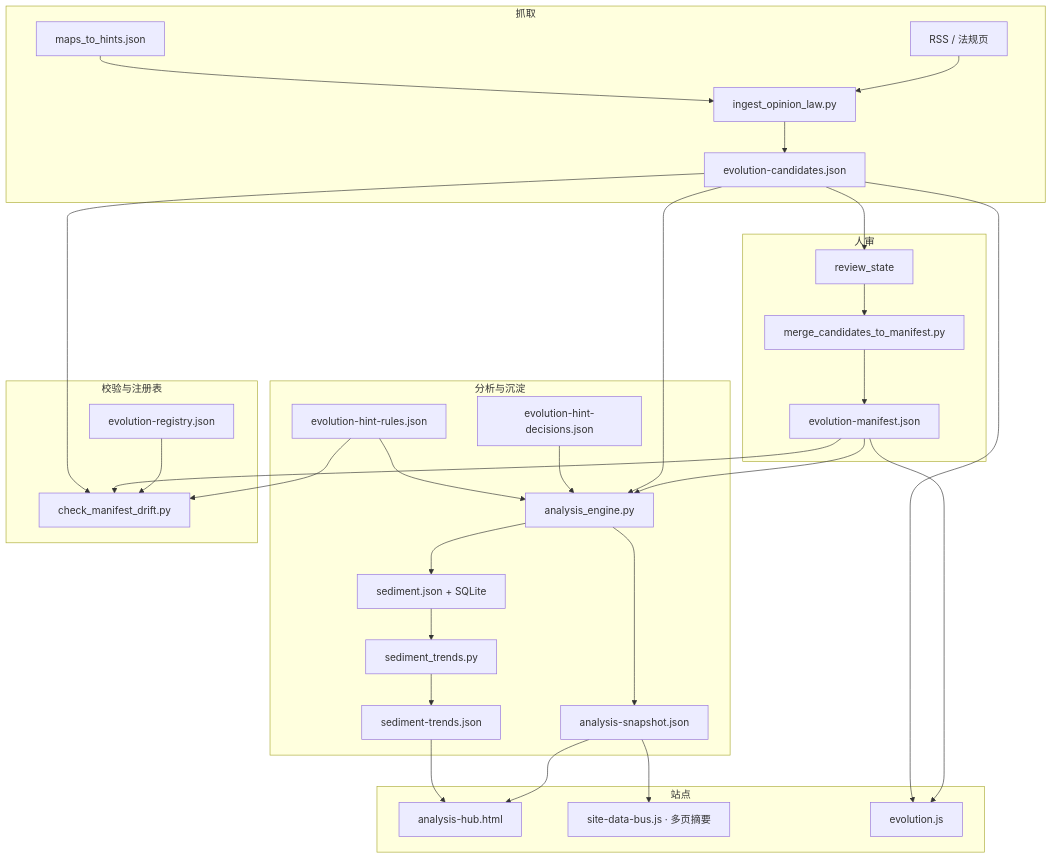
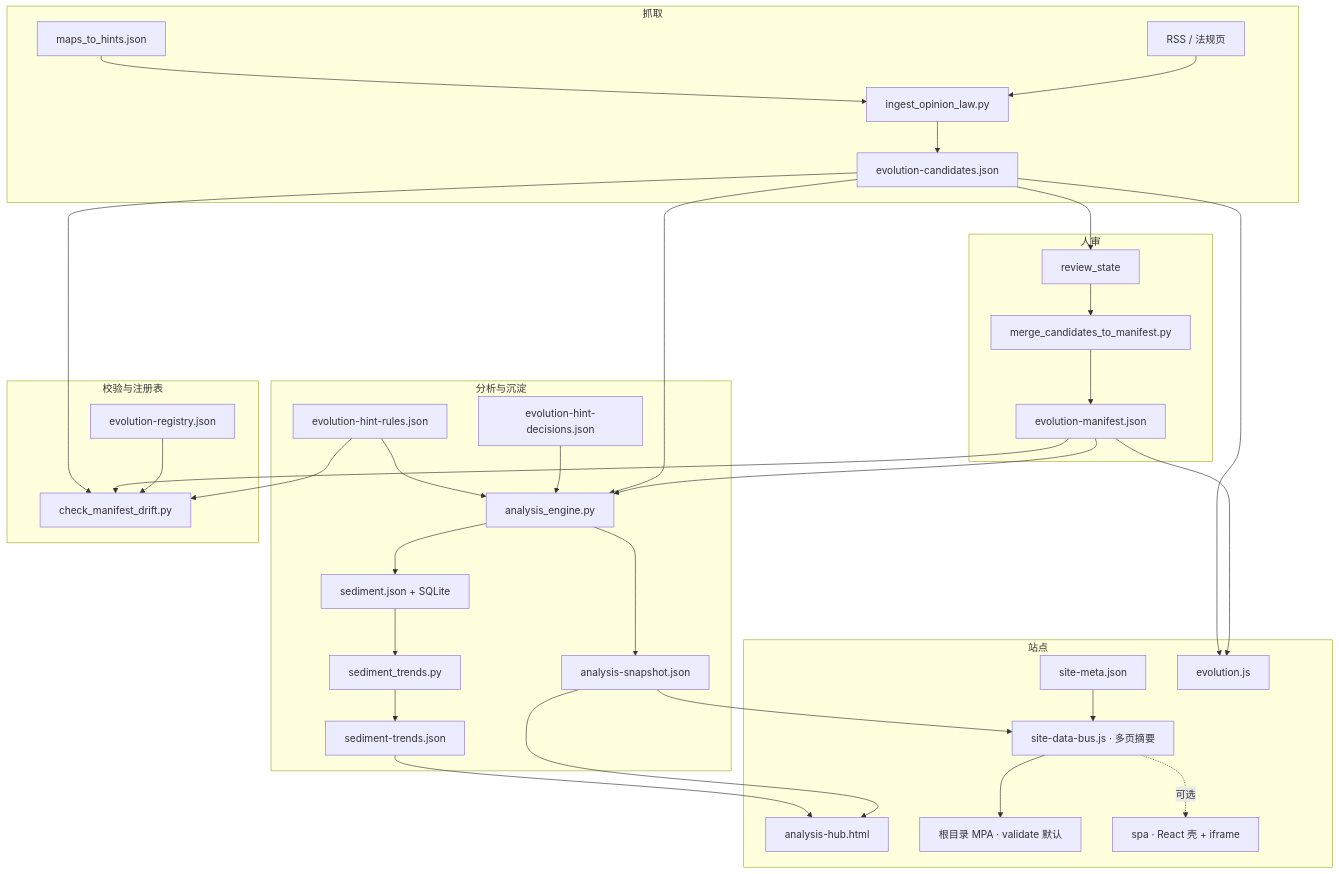
Before and after one commit to smartseanchain/ai-base-arch-evolution: the first of 2 diagrams in docs/ARCHITECTURE.md, drawn with Mermaid. The commit also changed other lines of this file and 199 other files, not shown here.

````diff
--- a/docs/ARCHITECTURE.md
+++ b/docs/ARCHITECTURE.md
@@ -7,37 +9,40 @@
 ```mermaid
 flowchart TB
   subgraph ingest [抓取]
     RSS[RSS / 法规页] --> IC[ingest_opinion_law.py]
     IC --> Cand[evolution-candidates.json]
     Hints[maps_to_hints.json] --> IC
   end
   subgraph human [人审]
     Cand --> Rev[review_state]
     Rev --> Merge[merge_candidates_to_manifest.py]
     Merge --> Man[evolution-manifest.json]
   end
   subgraph analyze [分析与沉淀]
     Man --> AE[analysis_engine.py]
     Cand --> AE
     Dec[evolution-hint-decisions.json] --> AE
     Rules[evolution-hint-rules.json] --> AE
     AE --> Snap[analysis-snapshot.json]
     AE --> Sed[sediment.json + SQLite]
     Sed --> Tr[sediment_trends.py]
     Tr --> ST[sediment-trends.json]
   end
   subgraph gate [校验与注册表]
     Reg[evolution-registry.json]
     Reg --> Drift[check_manifest_drift.py]
     Man --> Drift
     Cand --> Drift
     Rules --> Drift
   end
   subgraph site [站点]
     Snap --> Hub[analysis-hub.html]
     ST --> Hub
     Snap --> Bus[site-data-bus.js · 多页摘要]
+    SM[site-meta.json] --> Bus
     Man --> Evo[evolution.js]
     Cand --> Evo
+    Bus --> MPA[根目录 MPA · validate 默认]
+    Bus -.可选.-> SPA[spa · React 壳 + iframe]
   end
 ```
````
